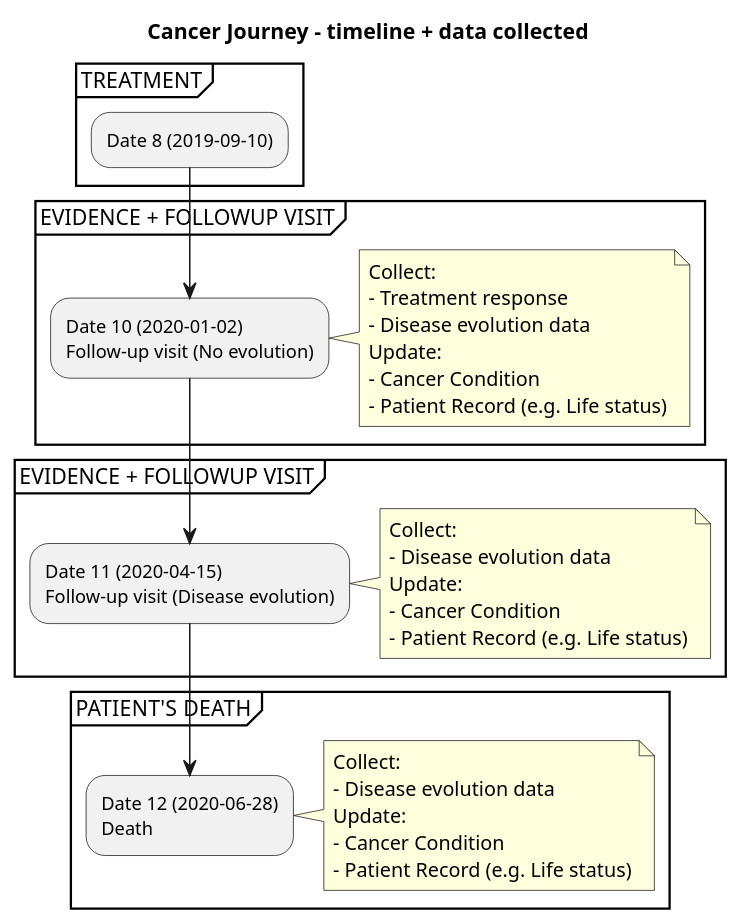
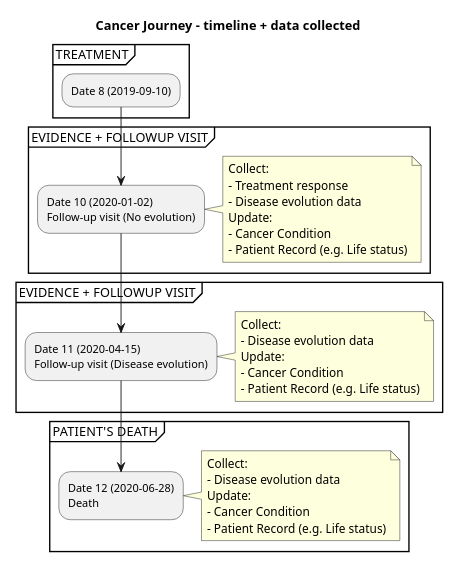
One commit to hl7-eu/cancer-common changed the diagram in input/images-source/CancerJourneyData3.plantuml. Above: the diagram before and after it, drawn with PlantUML. The commit also changed 6 other files, not shown here.

```diff
--- a/input/images-source/CancerJourneyData3.plantuml
+++ b/input/images-source/CancerJourneyData3.plantuml
@@ -1,46 +1,45 @@
 @startuml
+
+scale 0.6
 title Cancer Journey – timeline + data collected
-
-
-
 
 partition "TREATMENT" {
   :Date 8 (2019-09-10);
 }
 
 partition "EVIDENCE + FOLLOWUP VISIT" {
   :Date 10 (2020-01-02)\nFollow-up visit (No evolution);
   note right
     Collect:
     - Treatment response
     - Disease evolution data
     Update:
     - Cancer Condition
     - Patient Record (e.g. Life status)
   end note
 }
 
 partition "EVIDENCE + FOLLOWUP VISIT" {
 
   :Date 11 (2020-04-15)\nFollow-up visit (Disease evolution);
     note right
     Collect:
     - Disease evolution data
     Update:
     - Cancer Condition
     - Patient Record (e.g. Life status)
   end note
 }
 
 partition "PATIENT'S DEATH" {
   :Date 12 (2020-06-28)\nDeath;
     note right
     Collect:
     - Disease evolution data
     Update:
     - Cancer Condition
     - Patient Record (e.g. Life status)
   end note
 }
 
 @enduml
```
